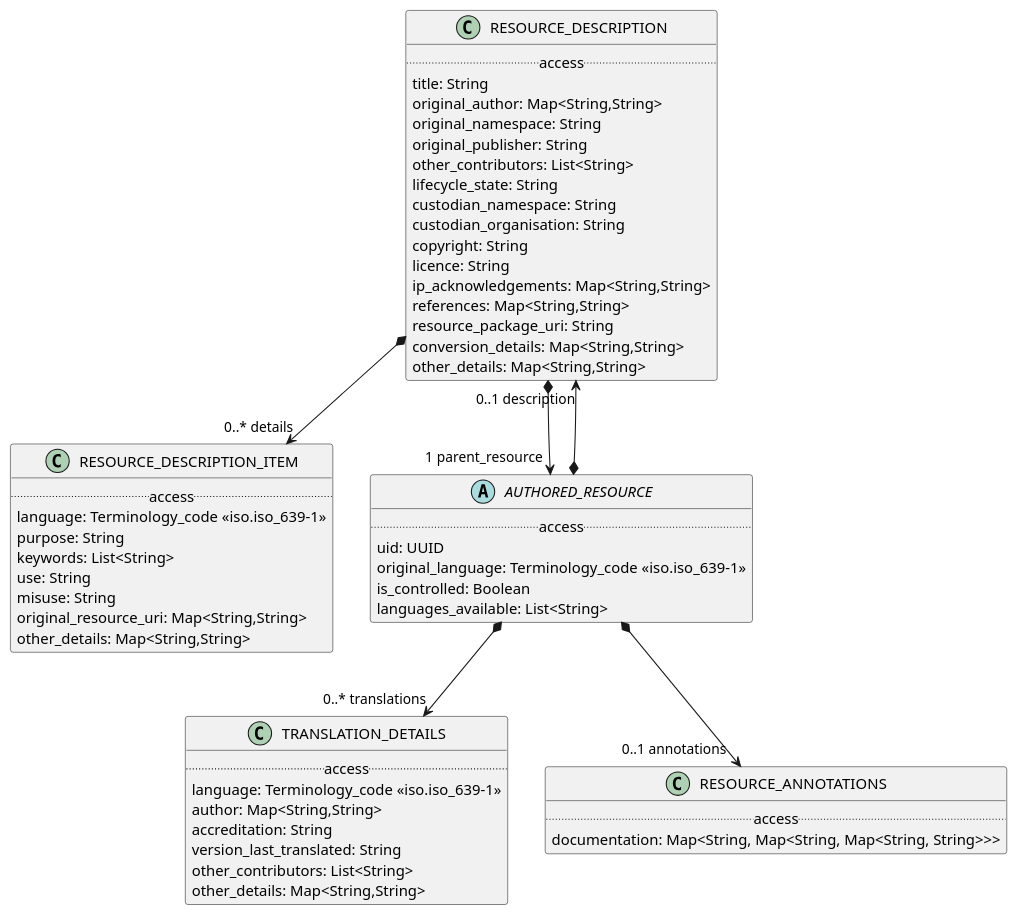
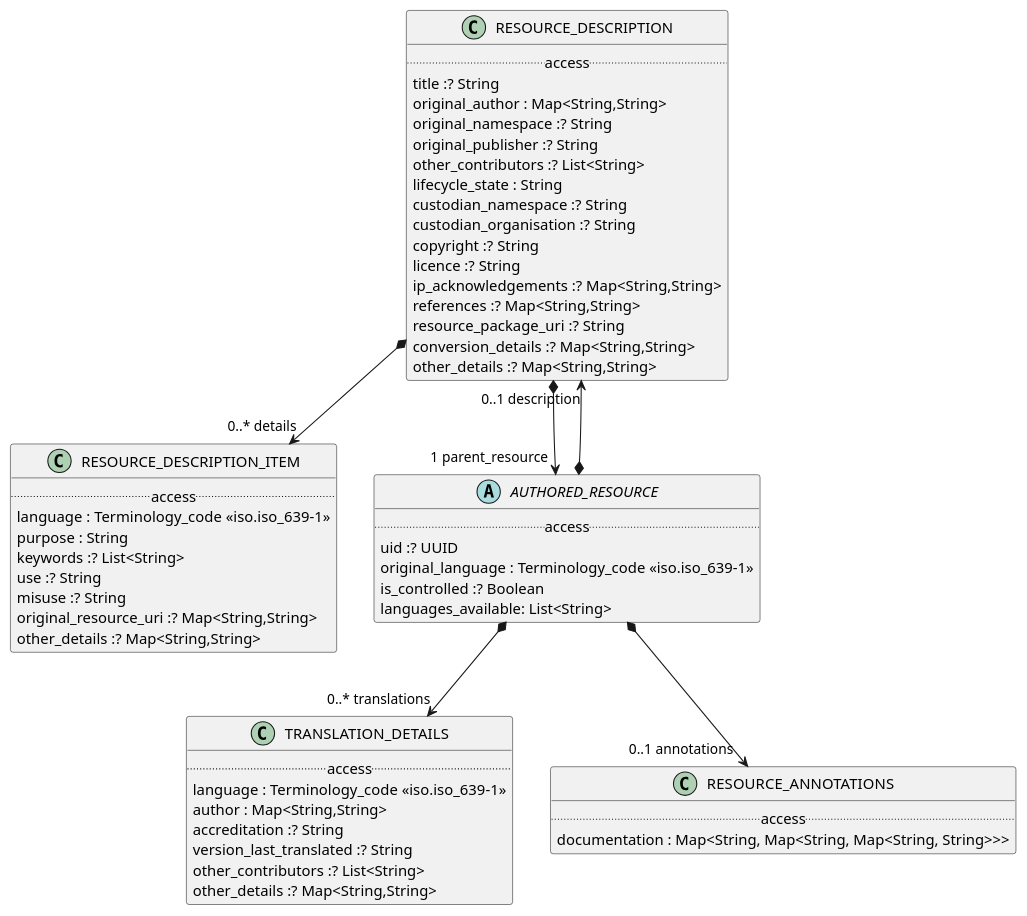
One commit to wolandscat/openehr-doc changed the diagram in modules/ROOT/examples/bmm/infostructure/resource/resource-package-uml.adoc. Above: the diagram before and after it, drawn with PlantUML. The commit also changed 1814 other files, not shown here.

```diff
--- a/modules/ROOT/examples/bmm/infostructure/resource/resource-package-uml.adoc
+++ b/modules/ROOT/examples/bmm/infostructure/resource/resource-package-uml.adoc
@@ -3,75 +3,70 @@
 [plantuml,opts=interactive,link=self]
 ....
 skinparam groupInheritance 2
 skinparam citedClassColor #FDFDFD
 
 
 class RESOURCE_DESCRIPTION_ITEM [[/openehr-doc/latest/infostructure/resource-gen.html#_class_resource_description_item]] {
         .. access ..
-        language: Terminology_code «iso.iso_639-1»
-        purpose: String
-        keywords: List<String>
-        use: String
-        misuse: String
-        original_resource_uri: Map<String,String>
-        other_details: Map<String,String>
+        language : Terminology_code «iso.iso_639-1»
+        purpose : String
+        keywords :? List<String>
+        use :? String
+        misuse :? String
+        original_resource_uri :? Map<String,String>
+        other_details :? Map<String,String>
 }
-
 
 class TRANSLATION_DETAILS [[/openehr-doc/latest/infostructure/resource-gen.html#_class_translation_details]] {
         .. access ..
-        language: Terminology_code «iso.iso_639-1»
-        author: Map<String,String>
-        accreditation: String
-        version_last_translated: String
-        other_contributors: List<String>
-        other_details: Map<String,String>
+        language : Terminology_code «iso.iso_639-1»
+        author : Map<String,String>
+        accreditation :? String
+        version_last_translated :? String
+        other_contributors :? List<String>
+        other_details :? Map<String,String>
 }
-
 
 class RESOURCE_ANNOTATIONS [[/openehr-doc/latest/infostructure/resource-gen.html#_class_resource_annotations]] {
         .. access ..
-        documentation: Map<String, Map<String, Map<String, String>>>
+        documentation : Map<String, Map<String, Map<String, String>>>
 }
-
 
 class RESOURCE_DESCRIPTION [[/openehr-doc/latest/infostructure/resource-gen.html#_class_resource_description]] {
         .. access ..
-        title: String
-        original_author: Map<String,String>
-        original_namespace: String
-        original_publisher: String
-        other_contributors: List<String>
-        lifecycle_state: String
-        custodian_namespace: String
-        custodian_organisation: String
-        copyright: String
-        licence: String
-        ip_acknowledgements: Map<String,String>
-        references: Map<String,String>
-        resource_package_uri: String
-        conversion_details: Map<String,String>
-        other_details: Map<String,String>
+        title :? String
+        original_author : Map<String,String>
+        original_namespace :? String
+        original_publisher :? String
+        other_contributors :? List<String>
+        lifecycle_state : String
+        custodian_namespace :? String
+        custodian_organisation :? String
+        copyright :? String
+        licence :? String
+        ip_acknowledgements :? Map<String,String>
+        references :? Map<String,String>
+        resource_package_uri :? String
+        conversion_details :? Map<String,String>
+        other_details :? Map<String,String>
 }
-
 
 RESOURCE_DESCRIPTION *--> "1 parent_resource" AUTHORED_RESOURCE
 
 RESOURCE_DESCRIPTION *--> "0..* details" RESOURCE_DESCRIPTION_ITEM
 
 abstract class AUTHORED_RESOURCE [[/openehr-doc/latest/infostructure/resource-gen.html#_class_authored_resource]] {
         .. access ..
-        uid: UUID
-        original_language: Terminology_code «iso.iso_639-1»
-        is_controlled: Boolean
+        uid :? UUID
+        original_language : Terminology_code «iso.iso_639-1»
+        is_controlled :? Boolean
         languages_available: List<String>
 }
-
 
 AUTHORED_RESOURCE *--> "0..1 description" RESOURCE_DESCRIPTION
 
 AUTHORED_RESOURCE *--> "0..1 annotations" RESOURCE_ANNOTATIONS
 
 AUTHORED_RESOURCE *--> "0..* translations" TRANSLATION_DETAILS
 
 ....
```
